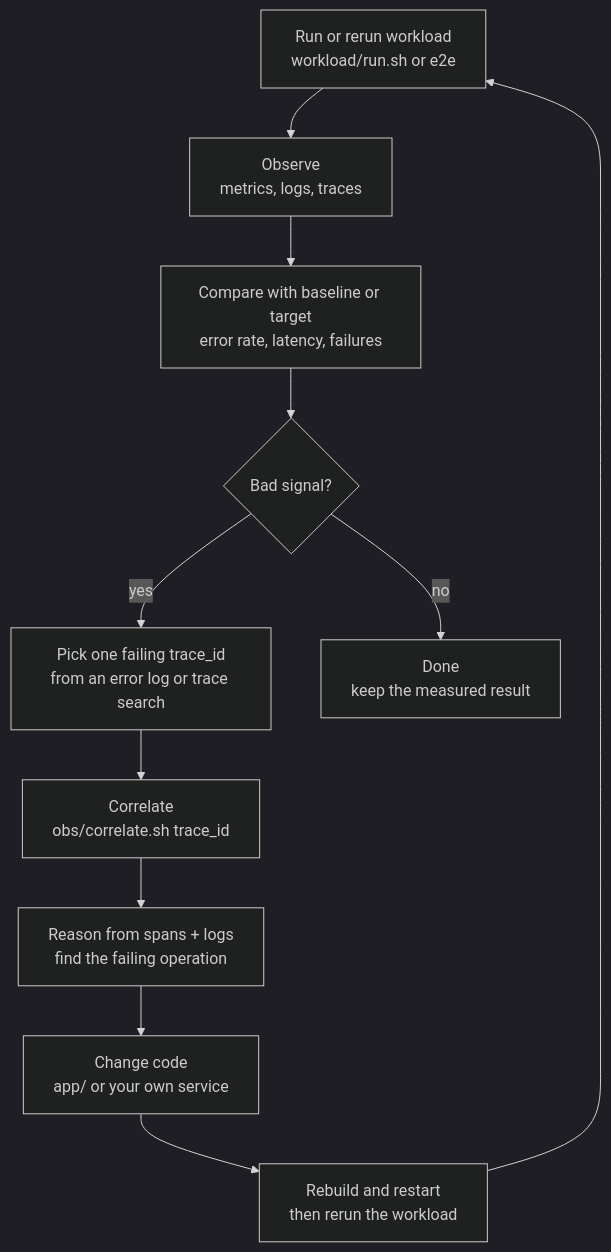
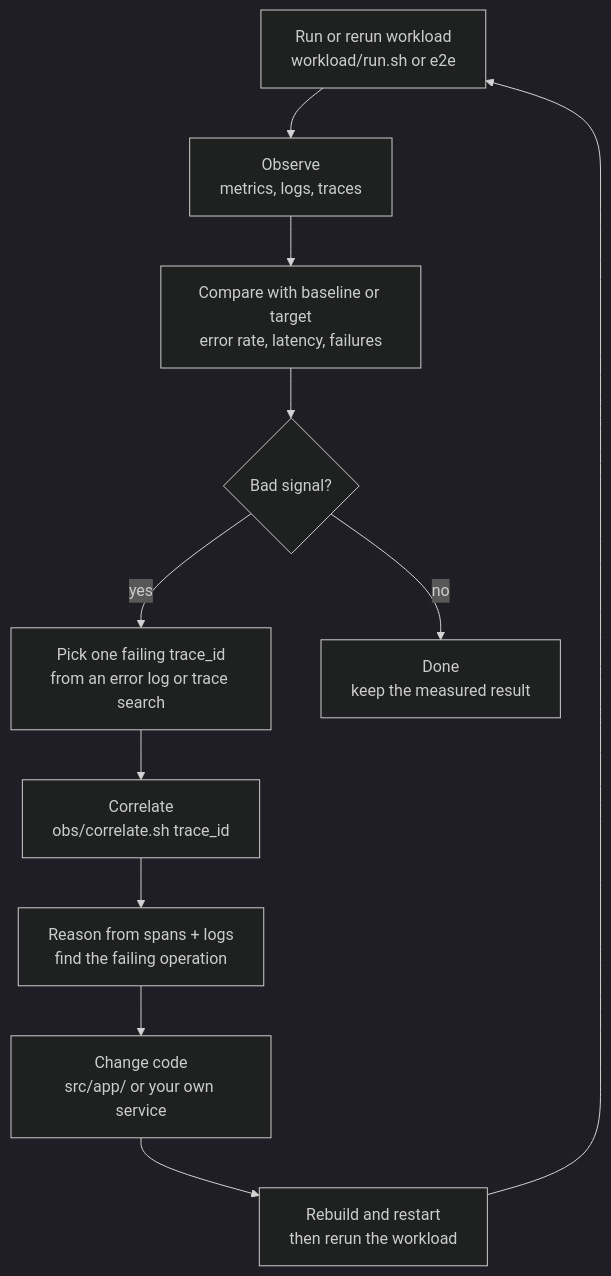
The second of 4 diagrams in README.md (gkrtjd99/AgentOTelStack), drawn with Mermaid (dark theme) before and after one commit. The commit also changed other lines of this file and 64 other files, not shown here.

First line of the commit message:
organize service sources under src

````diff
--- a/README.md
+++ b/README.md
@@ -67,24 +67,24 @@
 ```mermaid
 flowchart TD
   Workload["Run or rerun workload<br/>workload/run.sh or e2e"]
   Observe["Observe<br/>metrics, logs, traces"]
   Problem{"Bad signal?"}
   TraceID["Pick one failing trace_id<br/>from an error log or trace search"]
   Correlate["Correlate<br/>obs/correlate.sh trace_id"]
   Reason["Reason from spans + logs<br/>find the failing operation"]
-  Change["Change code<br/>app/ or your own service"]
+  Change["Change code<br/>src/app/ or your own service"]
   Rebuild["Rebuild and restart<br/>then rerun the workload"]
   Compare["Compare with baseline or target<br/>error rate, latency, failures"]
   Done["Done<br/>keep the measured result"]
 
   Workload --> Observe
   Observe --> Compare
   Compare --> Problem
   Problem -- "no" --> Done
   Problem -- "yes" --> TraceID
   TraceID --> Correlate
   Correlate --> Reason
   Reason --> Change
   Change --> Rebuild
   Rebuild --> Workload
 ```
````
